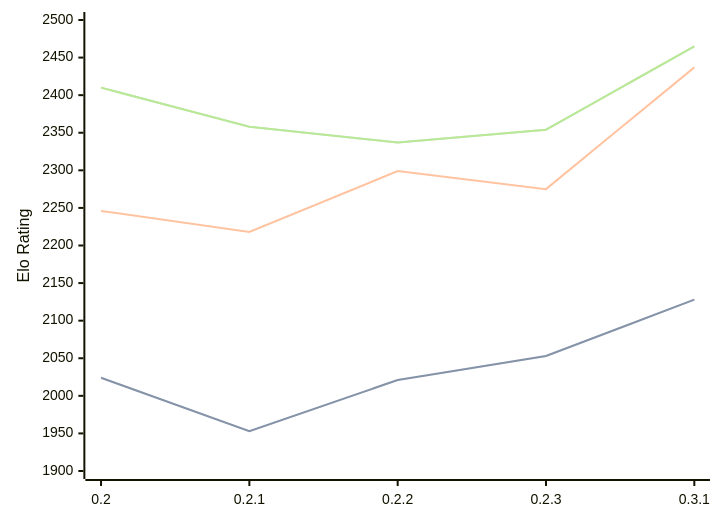
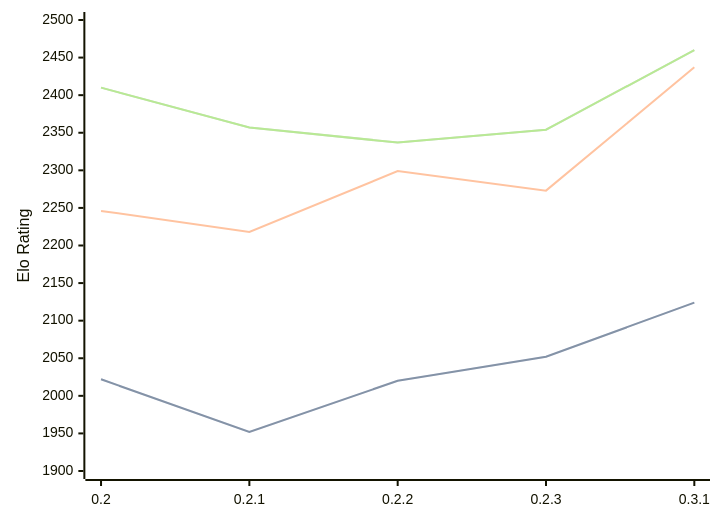
The diagram in engines/Lolbot.md (computer-chess-index/cci), drawn with Mermaid before and after one commit. The commit also changed other lines of this file, not shown here.

Commit message:
Update CCI Ratings (ELO VLTC) - 2026-04-17

````diff
--- a/engines/Lolbot.md
+++ b/engines/Lolbot.md
@@ -36,11 +36,11 @@
 ```mermaid
 %%{init: {"theme":"base","themeVariables":{"seriesColors:['#a3a3a3','#222221','#faa371']}}}%%
 xychart-beta
   x-axis ["0.2", "0.2.1", "0.2.2", "0.2.3", "0.3.1"]
   y-axis "Elo Rating" 1900 --> 2500
-  line "STC (8.0+0.08s)" [2024, 1953, 2021, 2053, 2128]
-  line "STC (8.0+0.08s)" [2024, 1953, 2021, 2053, 2128]
-  line "LTC (60.0+0.60s)" [2246, 2218, 2299, 2275, 2437]
-  line "VLTC (2m24s+1.12s)" [2410, 2358, 2337, 2354, 2465]
-  line "VLTC (2m24s+1.12s)" [2410, 2358, 2337, 2354, 2465]
+  line "STC (8.0+0.08s)" [2022, 1952, 2020, 2052, 2124]
+  line "STC (8.0+0.08s)" [2022, 1952, 2020, 2052, 2124]
+  line "LTC (60.0+0.60s)" [2246, 2218, 2299, 2273, 2437]
+  line "VLTC (2m24s+1.12s)" [2410, 2357, 2337, 2354, 2460]
+  line "VLTC (2m24s+1.12s)" [2410, 2357, 2337, 2354, 2460]
 ```
````
